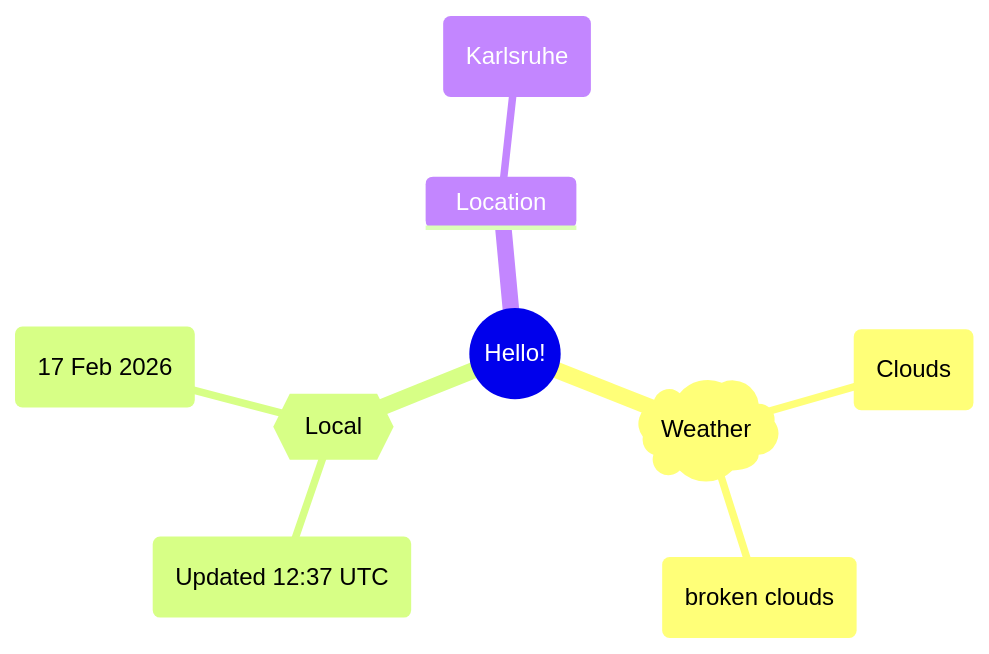
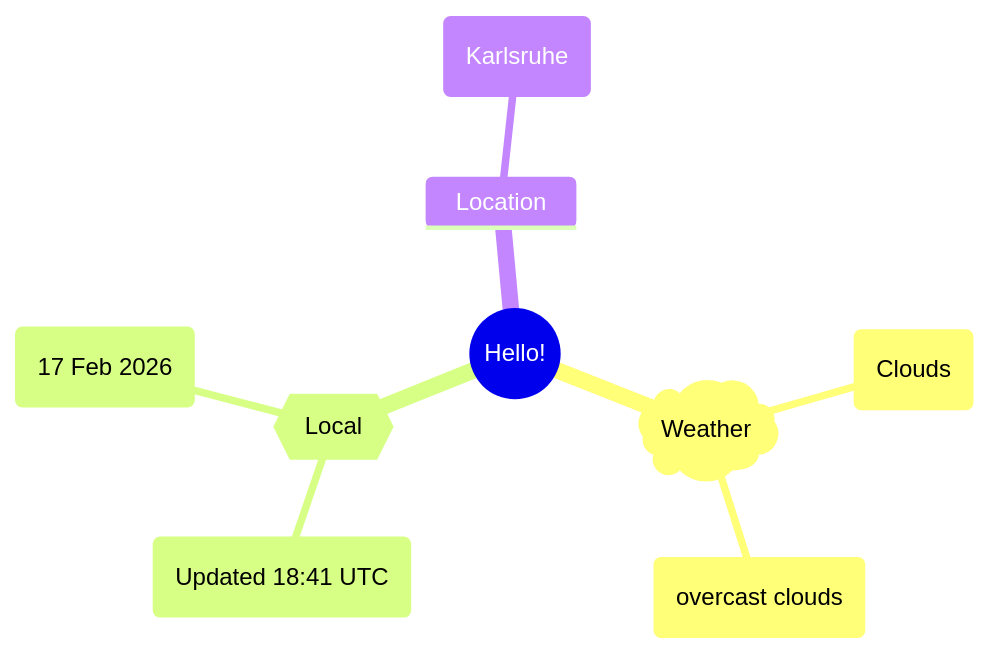
The first of 2 diagrams in README.md (Xosrov/Xosrov), drawn with Mermaid before and after one commit.

Commit message:
[bot] updated images

````diff
--- a/README.md
+++ b/README.md
@@ -3,12 +3,12 @@
 ```mermaid
 mindmap
   root((Hello!))
     )Weather(
         (Clouds)
-        (broken clouds)
+        (overcast clouds)
     {{Local}}
-        (Updated 12:37 UTC)
+        (Updated 18:41 UTC)
         (17 Feb 2026)
     Location
         (Karlsruhe)
 ```
````
